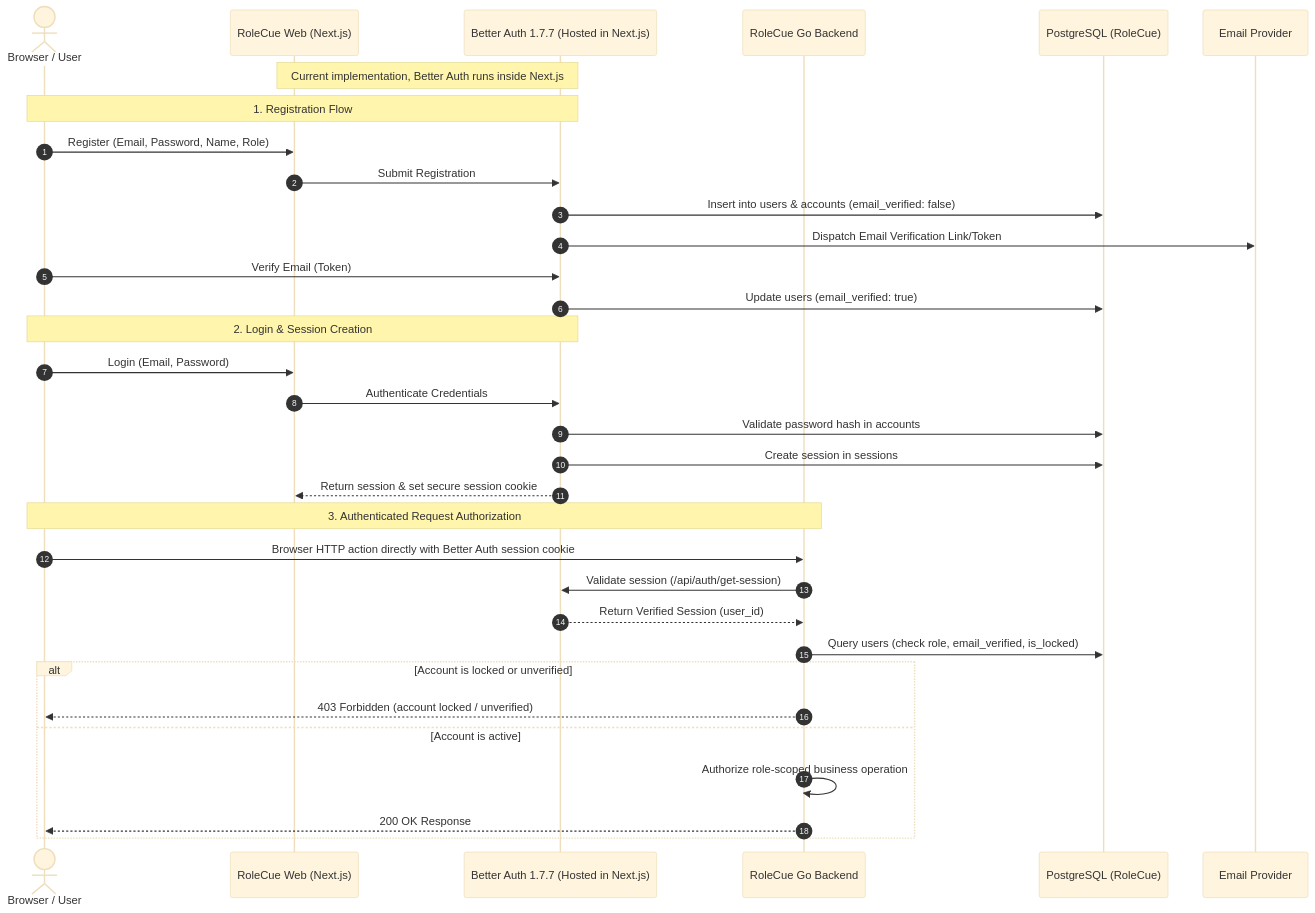
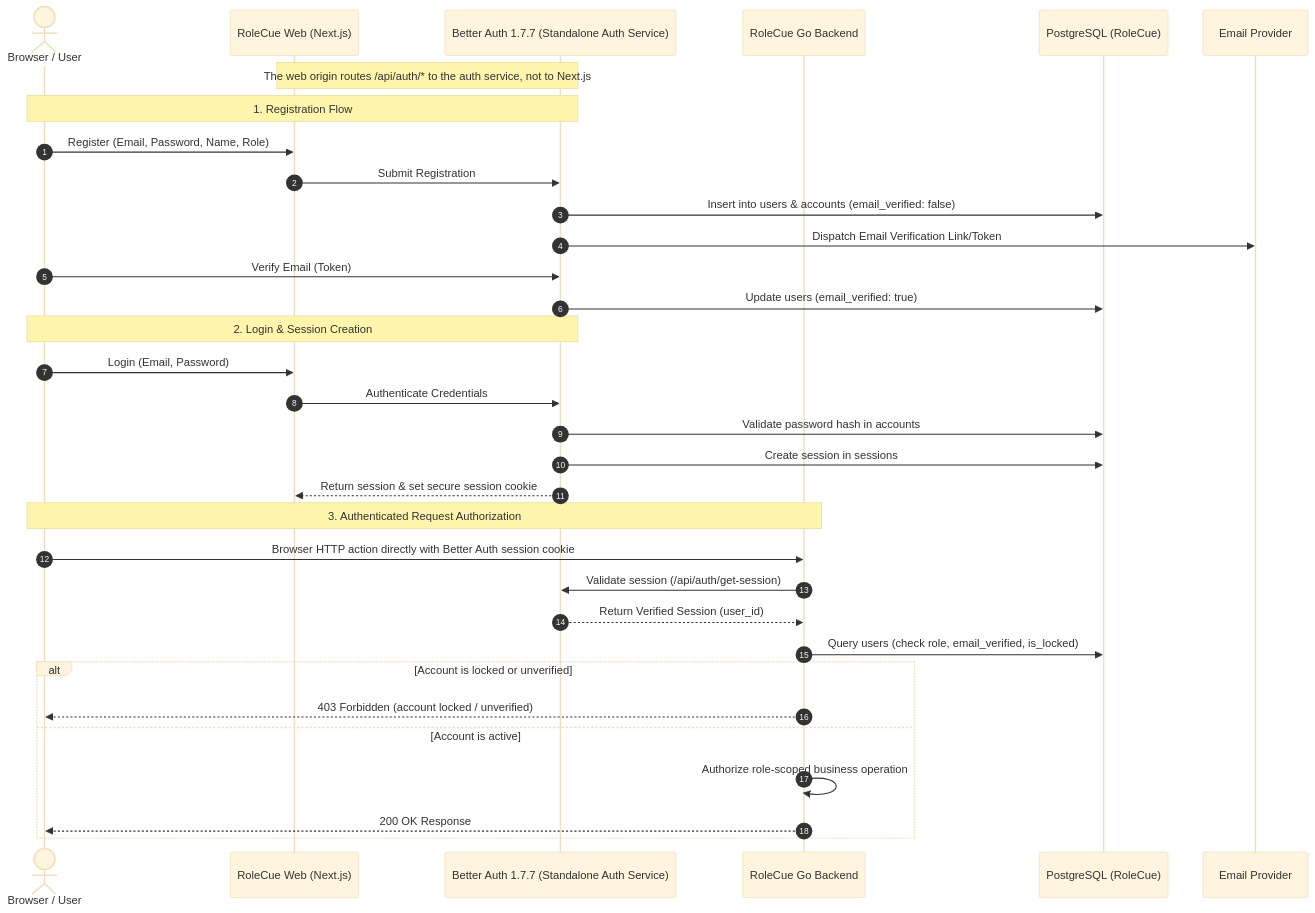
One commit to cog-forge/role-cue-brain changed the first of 2 diagrams in 01_Domains/Auth/README.md. Above: the diagram before and after it, drawn with Mermaid (base theme). The commit also changed other lines of this file and 6 other files, not shown here.

First line of the commit message:
docs(brain): describe the shipped standalone auth service

````diff
--- a/01_Domains/Auth/README.md
+++ b/01_Domains/Auth/README.md
@@ -85,38 +82,38 @@
 ```mermaid
 sequenceDiagram
     autonumber
     actor User as Browser / User
     participant Frontend as RoleCue Web (Next.js)
-    participant BetterAuth as Better Auth 1.7.7 (Hosted in Next.js)
+    participant BetterAuth as Better Auth 1.7.7 (Standalone Auth Service)
     participant GoAPI as RoleCue Go Backend
     participant DB as PostgreSQL (RoleCue)
     participant Mail as Email Provider
 
-    Note over Frontend,BetterAuth: Current implementation, Better Auth runs inside Next.js
+    Note over Frontend,BetterAuth: The web origin routes /api/auth/* to the auth service, not to Next.js
     Note over User,BetterAuth: 1. Registration Flow
     User->>Frontend: Register (Email, Password, Name, Role)
     Frontend->>BetterAuth: Submit Registration
     BetterAuth->>DB: Insert into users & accounts (email_verified: false)
     BetterAuth->>Mail: Dispatch Email Verification Link/Token
     User->>BetterAuth: Verify Email (Token)
     BetterAuth->>DB: Update users (email_verified: true)
 
     Note over User,BetterAuth: 2. Login & Session Creation
     User->>Frontend: Login (Email, Password)
     Frontend->>BetterAuth: Authenticate Credentials
     BetterAuth->>DB: Validate password hash in accounts
     BetterAuth->>DB: Create session in sessions
     BetterAuth-->>Frontend: Return session & set secure session cookie
 
     Note over User,GoAPI: 3. Authenticated Request Authorization
     User->>GoAPI: Browser HTTP action directly with Better Auth session cookie
     GoAPI->>BetterAuth: Validate session (/api/auth/get-session)
     BetterAuth-->>GoAPI: Return Verified Session (user_id)
     GoAPI->>DB: Query users (check role, email_verified, is_locked)
     alt Account is locked or unverified
         GoAPI-->>User: 403 Forbidden (account locked / unverified)
     else Account is active
         GoAPI->>GoAPI: Authorize role-scoped business operation
         GoAPI-->>User: 200 OK Response
     end
 ```
````
